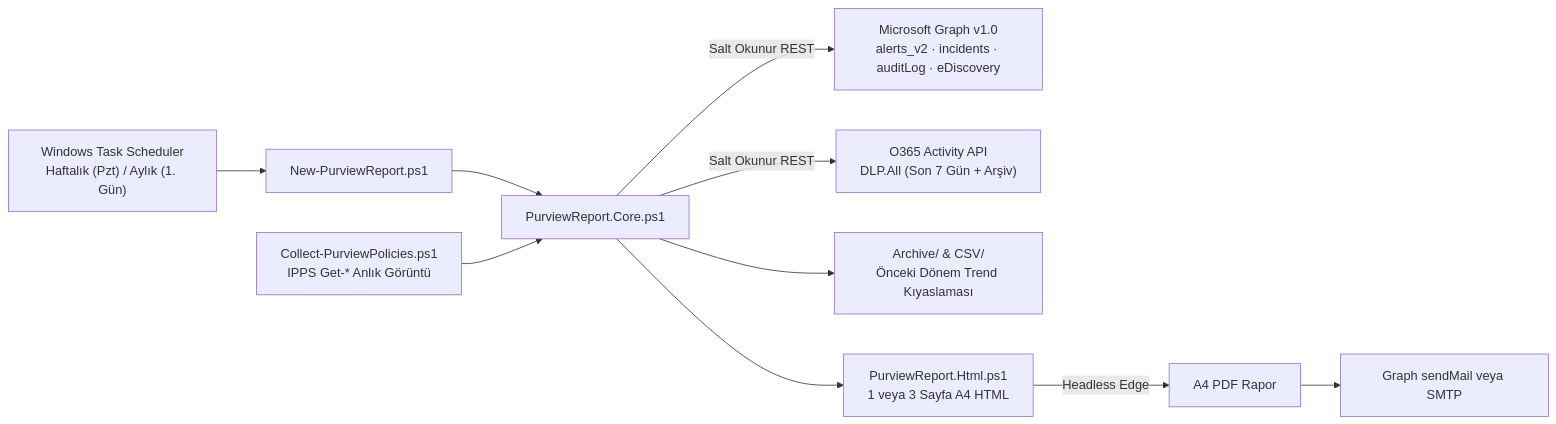
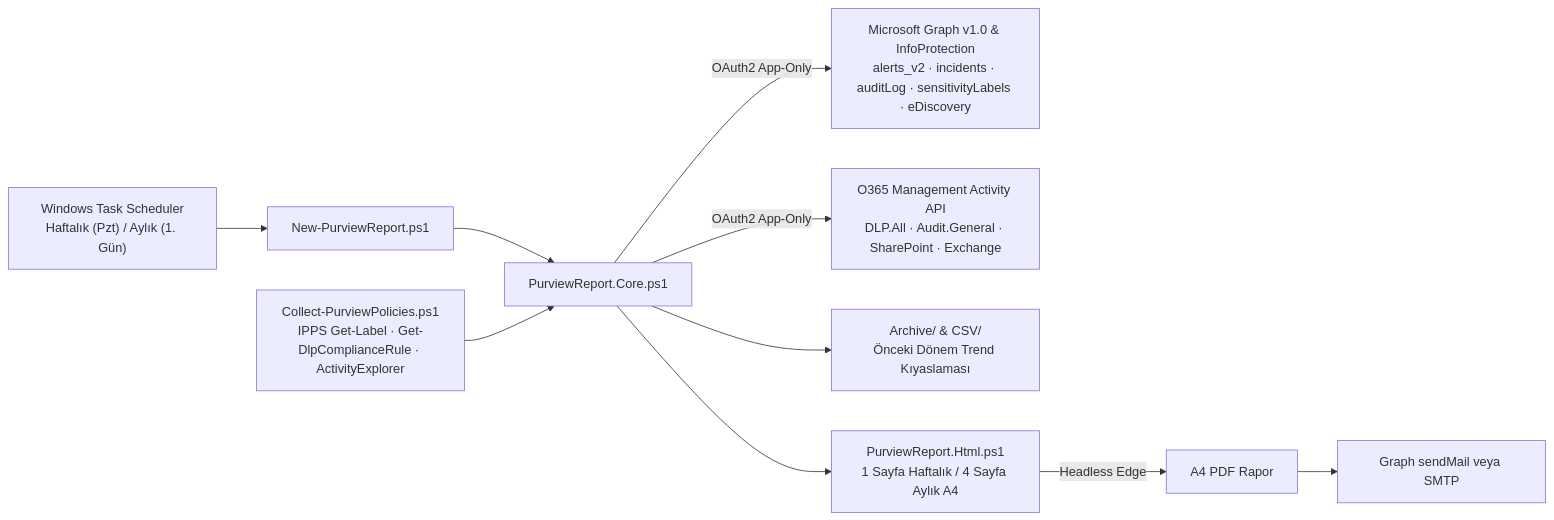
One commit to canercetinkaya/purview-executive-reporting changed the diagram in README.md. Above: the diagram before and after it, drawn with Mermaid. The commit also changed other lines of this file and 10 other files, not shown here.

Commit message:
feat(telemetry): add deep sensitivity label usage, DLP rules/SITs/top users, O365 audit streams, and 4-page monthly executive report

````diff
--- a/README.md
+++ b/README.md
@@ -27,12 +57,12 @@
 ```mermaid
 flowchart LR
     TS["Windows Task Scheduler<br/>Haftalık (Pzt) / Aylık (1. Gün)"] --> NR["New-PurviewReport.ps1"]
     NR --> CORE["PurviewReport.Core.ps1"]
-    CORE -->|Salt Okunur REST| GR["Microsoft Graph v1.0<br/>alerts_v2 · incidents · auditLog · eDiscovery"]
-    CORE -->|Salt Okunur REST| O365["O365 Activity API<br/>DLP.All (Son 7 Gün + Arşiv)"]
-    SNAP["Collect-PurviewPolicies.ps1<br/>IPPS Get-* Anlık Görüntü"] --> CORE
+    CORE -->|OAuth2 App-Only| GR["Microsoft Graph v1.0 & InfoProtection<br/>alerts_v2 · incidents · auditLog · sensitivityLabels · eDiscovery"]
+    CORE -->|OAuth2 App-Only| O365["O365 Management Activity API<br/>DLP.All · Audit.General · SharePoint · Exchange"]
+    SNAP["Collect-PurviewPolicies.ps1<br/>IPPS Get-Label · Get-DlpComplianceRule · ActivityExplorer"] --> CORE
     CORE --> ARCH["Archive/ & CSV/<br/>Önceki Dönem Trend Kıyaslaması"]
-    CORE --> HTML["PurviewReport.Html.ps1<br/>1 veya 3 Sayfa A4 HTML"]
+    CORE --> HTML["PurviewReport.Html.ps1<br/>1 Sayfa Haftalık / 4 Sayfa Aylık A4"]
     HTML -->|Headless Edge| PDF["A4 PDF Rapor"]
     PDF --> MAIL["Graph sendMail veya SMTP"]
 ```
````
